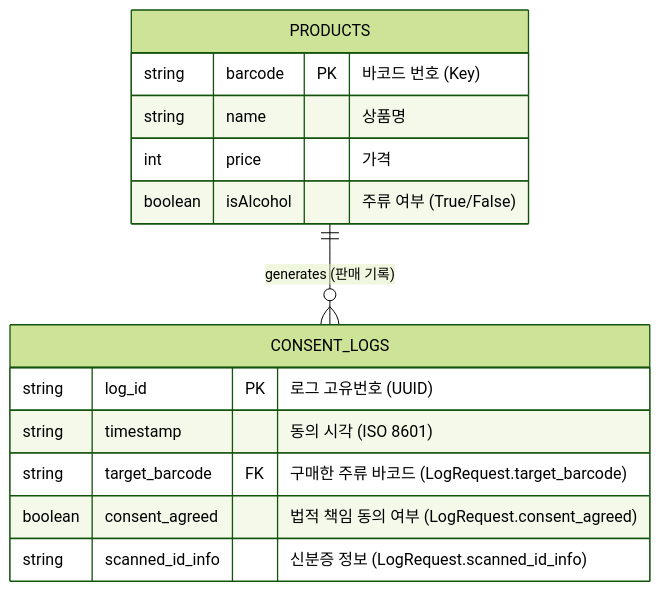
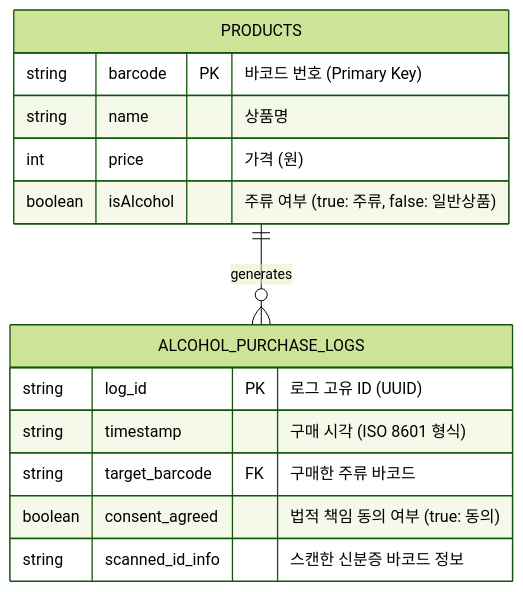
The diagram in docs/ERD.mmd (ooyoo80/Codyssey_Term_Project), drawn with Mermaid (forest theme) before and after one commit. The commit also changed other lines of this file and 5 other files, not shown here.

```diff
--- a/docs/ERD.mmd
+++ b/docs/ERD.mmd
@@ -1,19 +1,27 @@
 erDiagram
     %% 엔티티 정의
     PRODUCTS {
-        string barcode PK "바코드 번호 (Key)"
+        string barcode PK "바코드 번호 (Primary Key)"
         string name "상품명"
-        int price "가격"
-        boolean isAlcohol "주류 여부 (True/False)"
+        int price "가격 (원)"
+        boolean isAlcohol "주류 여부 (true: 주류, false: 일반상품)"
     }
 
-    CONSENT_LOGS {
-        string log_id PK "로그 고유번호 (UUID)"
-        string timestamp "동의 시각 (ISO 8601)"
-        string target_barcode FK "구매한 주류 바코드 (LogRequest.target_barcode)"
-        boolean consent_agreed "법적 책임 동의 여부 (LogRequest.consent_agreed)"
-        string scanned_id_info "신분증 정보 (LogRequest.scanned_id_info)"
+    ALCOHOL_PURCHASE_LOGS {
+        string log_id PK "로그 고유 ID (UUID)"
+        string timestamp "구매 시각 (ISO 8601 형식)"
+        string target_barcode FK "구매한 주류 바코드"
+        boolean consent_agreed "법적 책임 동의 여부 (true: 동의)"
+        string scanned_id_info "스캔한 신분증 바코드 정보"
     }
 
-    %% 관계 정의 (비식별 관계)
-    PRODUCTS ||--o{ CONSENT_LOGS : "generates (판매 기록)"
+    %% 관계 정의
+    %% 한 상품은 여러 주류 구매 로그를 생성할 수 있음 (1:N 관계)
+    %% 주류 구매 로그는 반드시 하나의 상품과 연결됨
+    PRODUCTS ||--o{ ALCOHOL_PURCHASE_LOGS : "generates"
+    
+    %% 참고사항
+    %% - PRODUCTS는 products.json 파일에 저장됨 (바코드를 키로 하는 JSON 객체)
+    %% - ALCOHOL_PURCHASE_LOGS는 logs.json 파일에 배열 형태로 저장됨
+    %% - 주류(isAlcohol=true) 상품 구매 시에만 로그가 생성됨
+    %% - 일반 상품 구매 시에는 로그가 생성되지 않음
```
